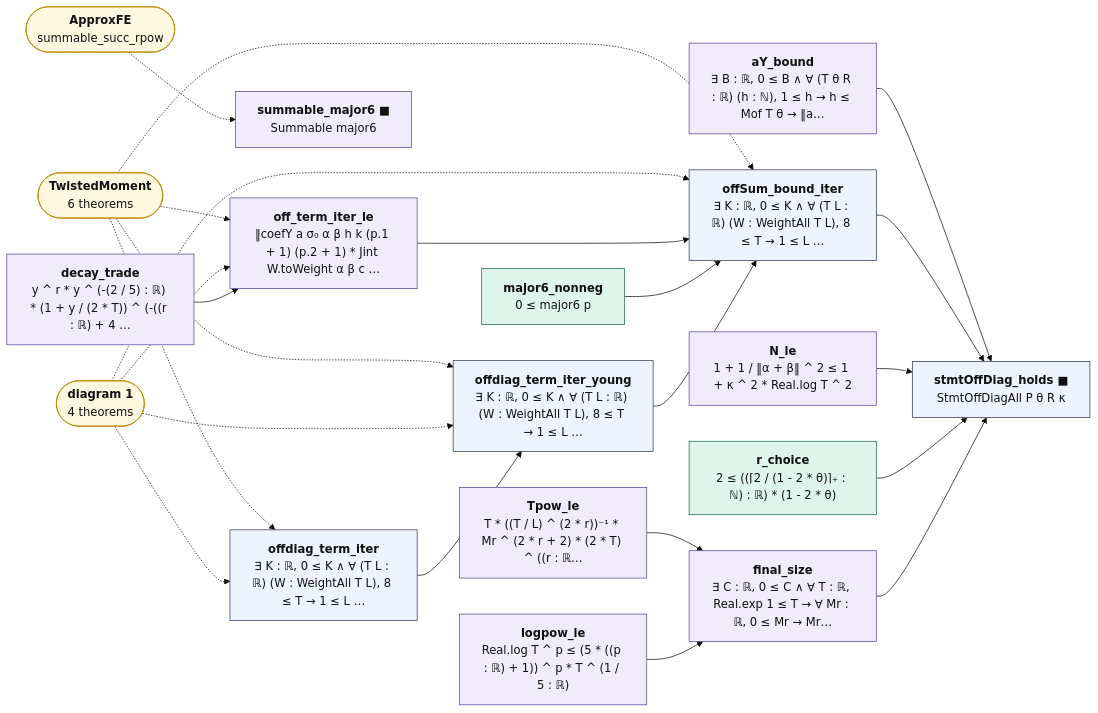
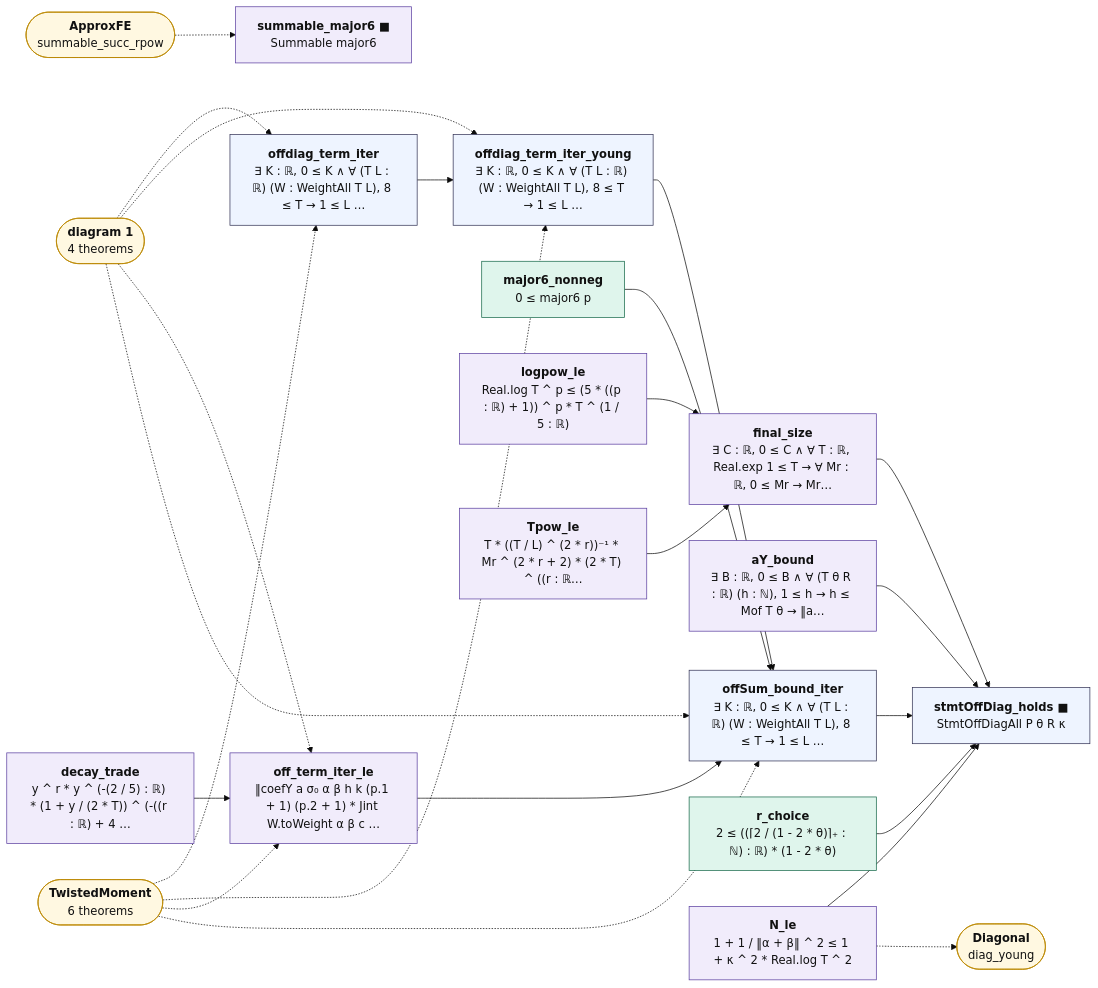
One commit to juliansambranojr/Primebeat_081426 changed the second of 2 diagrams in map/lean_stage3/OffDiagClose.md. Above: the diagram before and after it, drawn with Mermaid (base theme). The commit also changed other lines of this file and 32 other files, not shown here.

````diff
--- a/map/lean_stage3/OffDiagClose.md
+++ b/map/lean_stage3/OffDiagClose.md
@@ -99,49 +99,51 @@
 ```mermaid
 flowchart LR
   n0["<b>offdiag_term_iter</b><br/>∃ K : ℝ, 0 ≤ K ∧ ∀ (T L : ℝ) (W : WeightAll T L), 8 ≤ T → 1 ≤ L …"]:::thm
   n1["<b>offdiag_term_iter_young</b><br/>∃ K : ℝ, 0 ≤ K ∧ ∀ (T L : ℝ) (W : WeightAll T L), 8 ≤ T → 1 ≤ L …"]:::thm
   n2["<b>major6_nonneg</b><br/>0 ≤ major6 p"]:::cnt
   n3["<b>summable_major6 ■</b><br/>Summable major6"]:::shp
   n4["<b>decay_trade</b><br/>y ^ r * y ^ (-(2 / 5) : ℝ) * (1 + y / (2 * T)) ^ (-((r : ℝ) + 4 …"]:::shp
   n5["<b>off_term_iter_le</b><br/>‖coefY a σ₀ α β h k (p.1 + 1) (p.2 + 1) * Jint W.toWeight α β c …"]:::shp
   n6["<b>offSum_bound_iter</b><br/>∃ K : ℝ, 0 ≤ K ∧ ∀ (T L : ℝ) (W : WeightAll T L), 8 ≤ T → 1 ≤ L …"]:::thm
   n7["<b>aY_bound</b><br/>∃ B : ℝ, 0 ≤ B ∧ ∀ (T θ R : ℝ) (h : ℕ), 1 ≤ h → h ≤ Mof T θ → ‖a…"]:::shp
   n8["<b>logpow_le</b><br/>Real.log T ^ p ≤ (5 * ((p : ℝ) + 1)) ^ p * T ^ (1 / 5 : ℝ)"]:::shp
   n9["<b>Tpow_le</b><br/>T * ((T / L) ^ (2 * r))⁻¹ * Mr ^ (2 * r + 2) * (2 * T) ^ ((r : ℝ…"]:::shp
   n10["<b>final_size</b><br/>∃ C : ℝ, 0 ≤ C ∧ ∀ T : ℝ, Real.exp 1 ≤ T → ∀ Mr : ℝ, 0 ≤ Mr → Mr…"]:::shp
   n11["<b>r_choice</b><br/>2 ≤ ((⌈2 / (1 - 2 * θ)⌉₊ : ℕ) : ℝ) * (1 - 2 * θ)"]:::cnt
   n12["<b>N_le</b><br/>1 + 1 / ‖α + β‖ ^ 2 ≤ 1 + κ ^ 2 * Real.log T ^ 2"]:::shp
   n13["<b>stmtOffDiag_holds ■</b><br/>StmtOffDiagAll P θ R κ"]:::thm
   x0(["<b>diagram 1</b><br/>4 theorems"]):::ext
   x1(["<b>TwistedMoment</b><br/>6 theorems"]):::ext
   x2(["<b>ApproxFE</b><br/>summable_succ_rpow"]):::ext
+  x3(["<b>Diagonal</b><br/>diag_young"]):::ext
   n0 --> n1
   n1 --> n6
   n10 --> n13
   n11 --> n13
   n12 --> n13
   n2 --> n6
   n4 --> n5
   n5 --> n6
   n6 --> n13
   n7 --> n13
   n8 --> n10
   n9 --> n10
+  n12 -.-> x3
   x0 -.-> n0
   x0 -.-> n1
   x0 -.-> n5
   x0 -.-> n6
   x1 -.-> n0
   x1 -.-> n1
   x1 -.-> n5
   x1 -.-> n6
   x2 -.-> n3
   classDef cnt fill:#dff5ec,stroke:#17694a,color:#111
   classDef shp fill:#f1ecfb,stroke:#5b3fa0,color:#111
   classDef rh fill:#ffe5e5,stroke:#c22,color:#111,stroke-width:2px
   classDef thm fill:#eef4ff,stroke:#335,color:#111
   classDef end_ fill:#e7f7e7,stroke:#2a7,color:#111,stroke-width:2px
   classDef lone fill:#fff,stroke:#999,color:#111,stroke-dasharray:4 3
   classDef bad fill:#ffe5e5,stroke:#c22,color:#111,stroke-width:2px
   classDef ext fill:#fff8e1,stroke:#b80,color:#111
 ```
````
